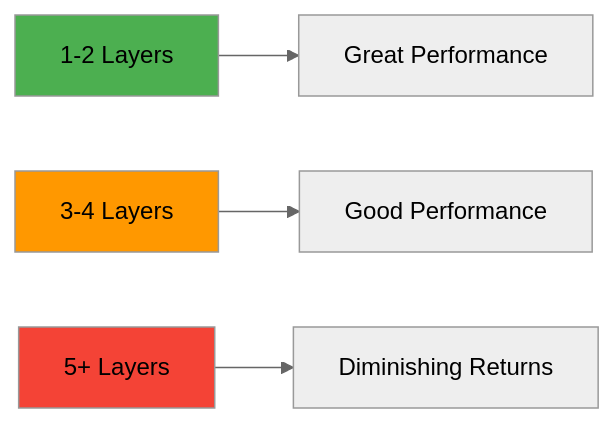
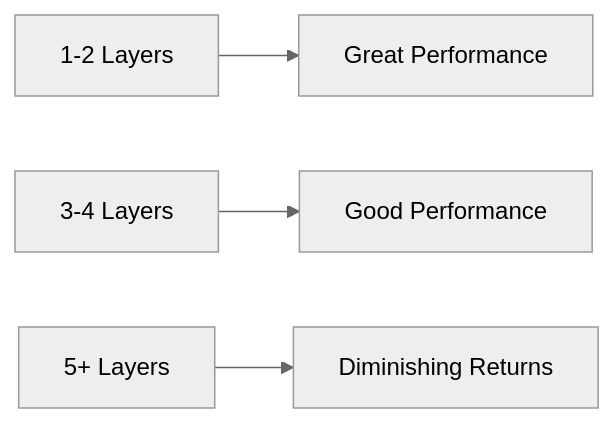
The diagram in docs/animancer/04-best-practices.md (wallstop/unity-tips), drawn with Mermaid (neutral theme) before and after one commit. The commit also changed 27 other files, not shown here.

Commit message:
Convert ASCII diagrams to Mermaid format (#30)

````diff
--- a/docs/animancer/04-best-practices.md
+++ b/docs/animancer/04-best-practices.md
@@ -401,10 +401,7 @@
 ```mermaid
 graph LR
     A[1-2 Layers] --> B[Great Performance]
     C[3-4 Layers] --> D[Good Performance]
     E[5+ Layers] --> F[Diminishing Returns]
 
-    style A fill:#4CAF50
-    style C fill:#FF9800
-    style E fill:#F44336
 ```
````
